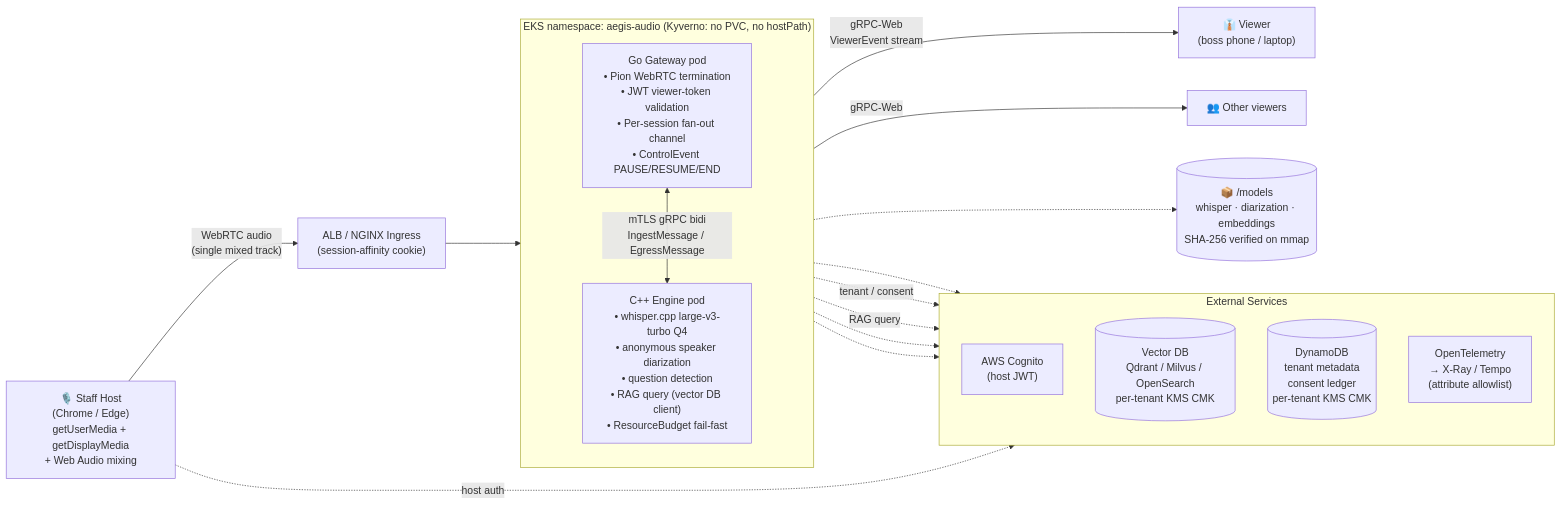
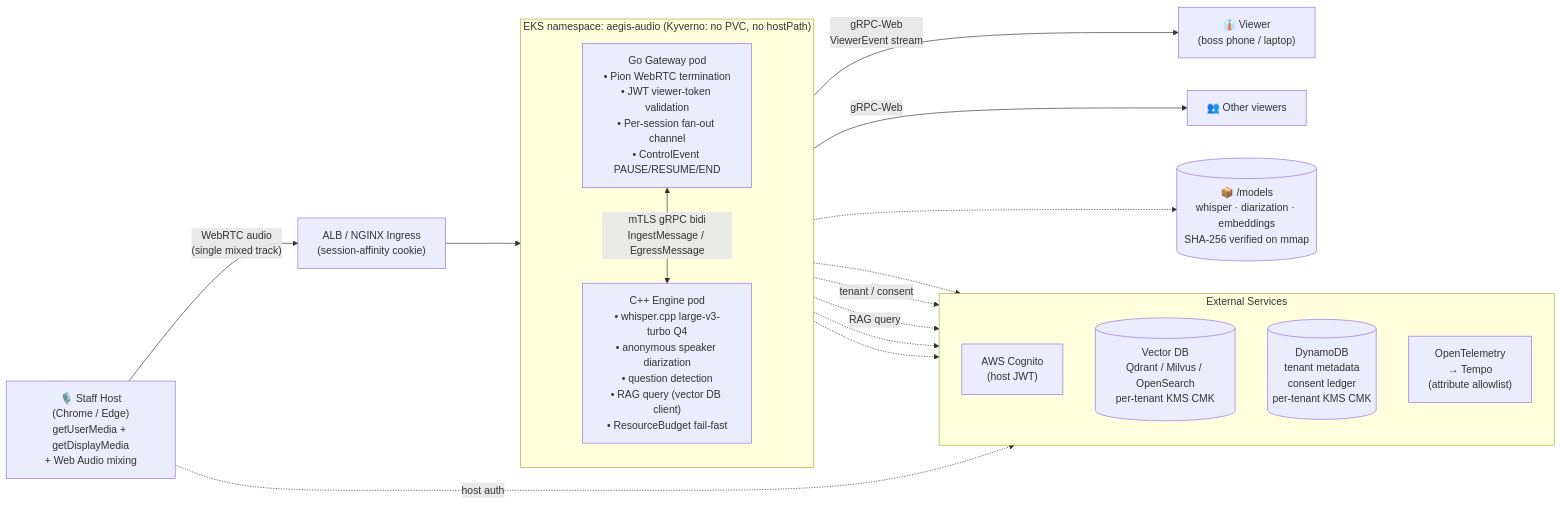
One commit to BinHsu/aegis-core changed the first of 2 diagrams in ARCHITECTURE.md. Above: the diagram before and after it, drawn with Mermaid. The commit also changed other lines of this file and 2 other files, not shown here.

````diff
--- a/ARCHITECTURE.md
+++ b/ARCHITECTURE.md
@@ -29,37 +29,37 @@
 ```mermaid
 flowchart LR
     Staff["🎙️ Staff Host<br/>(Chrome / Edge)<br/>getUserMedia + getDisplayMedia<br/>+ Web Audio mixing"]
     Boss["👔 Viewer<br/>(boss phone / laptop)"]
     Other["👥 Other viewers"]
 
     Staff -->|"WebRTC audio<br/>(single mixed track)"| LB["ALB / NGINX Ingress<br/>(session-affinity cookie)"]
     LB --> GW
 
     subgraph EKSNamespace["EKS namespace: aegis-audio (Kyverno: no PVC, no hostPath)"]
         direction TB
         GW["Go Gateway pod<br/>• Pion WebRTC termination<br/>• JWT viewer-token validation<br/>• Per-session fan-out channel<br/>• ControlEvent PAUSE/RESUME/END"]
         ENG["C++ Engine pod<br/>• whisper.cpp large-v3-turbo Q4<br/>• anonymous speaker diarization<br/>• question detection<br/>• RAG query (vector DB client)<br/>• ResourceBudget fail-fast"]
         GW <-->|"mTLS gRPC bidi<br/>IngestMessage / EgressMessage"| ENG
     end
 
     GW -->|"gRPC-Web<br/>ViewerEvent stream"| Boss
     GW -->|"gRPC-Web"| Other
 
     subgraph ExternalServices["External Services"]
         direction TB
         Cognito["AWS Cognito<br/>(host JWT)"]
         VectorDB[("Vector DB<br/>Qdrant / Milvus / OpenSearch<br/>per-tenant KMS CMK")]
         DDB[("DynamoDB<br/>tenant metadata<br/>consent ledger<br/>per-tenant KMS CMK")]
-        OTLP["OpenTelemetry<br/>→ X-Ray / Tempo<br/>(attribute allowlist)"]
+        OTLP["OpenTelemetry<br/>→ Tempo<br/>(attribute allowlist)"]
     end
 
     Staff -.->|"host auth"| Cognito
     GW -.-> Cognito
     GW -.->|"tenant / consent"| DDB
     ENG -.->|"RAG query"| VectorDB
     GW -.-> OTLP
     ENG -.-> OTLP
 
     Models[("📦 /models<br/>whisper · diarization · embeddings<br/>SHA-256 verified on mmap")]
     ENG -.-> Models
 ```
````
